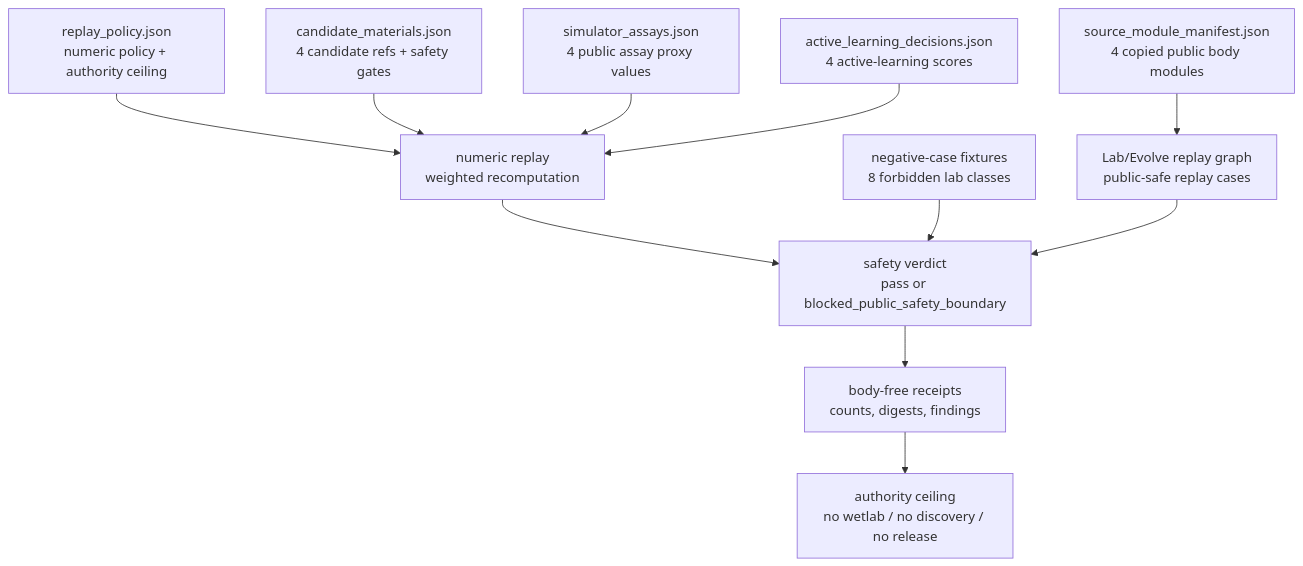
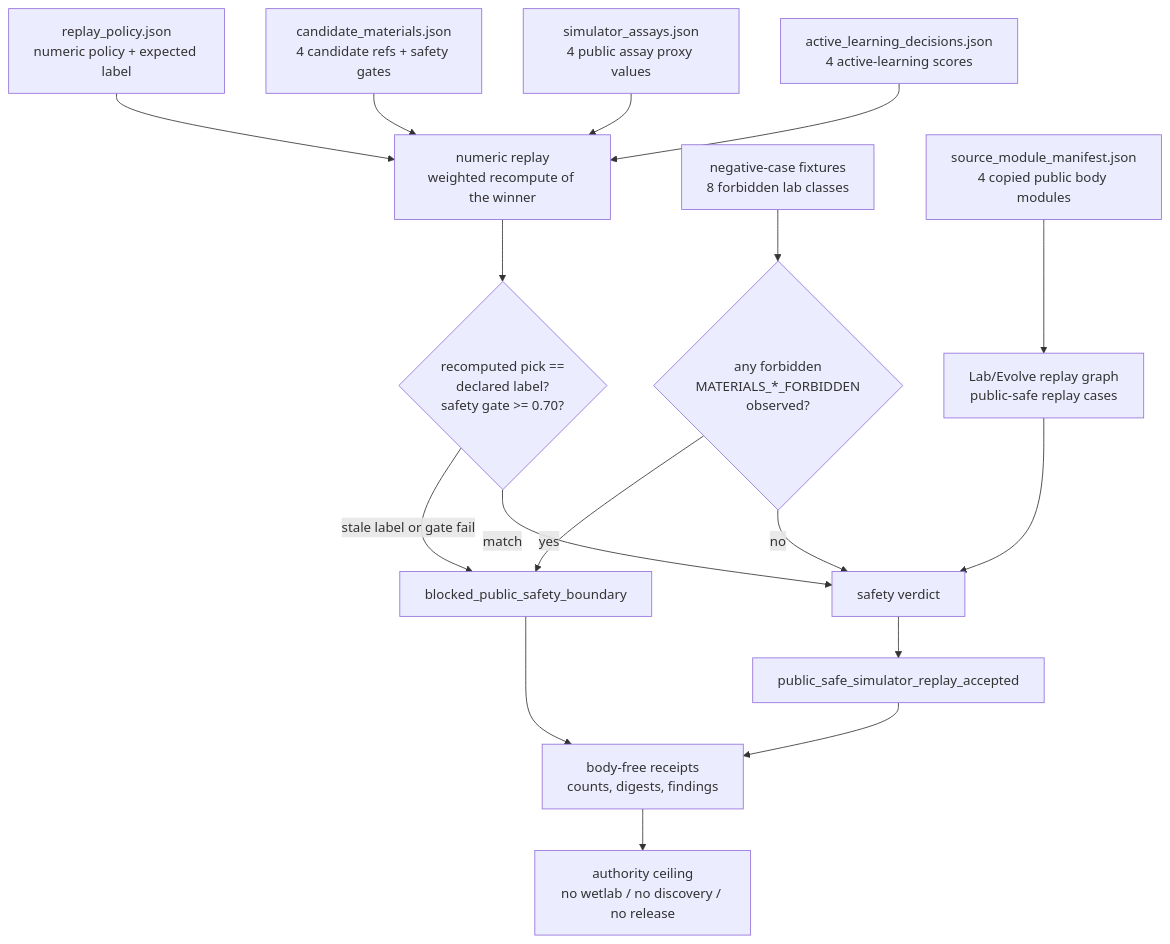
The diagram in paper_modules/materials_chemistry_closed_loop_lab_safety_replay.md (wcook04/plectis), drawn with Mermaid before and after one commit. The commit also changed other lines of this file and 90 other files, not shown here.

First line of the commit message:
microcosm: enrich public paper-module prose and Shape diagrams (91 modules)

````diff
--- a/paper_modules/materials_chemistry_closed_loop_lab_safety_replay.md
+++ b/paper_modules/materials_chemistry_closed_loop_lab_safety_replay.md
@@ -41,25 +70,35 @@
 ```mermaid
 flowchart TD
-  policy["replay_policy.json<br/>numeric policy + authority ceiling"]
+  policy["replay_policy.json<br/>numeric policy + expected label"]
   candidates["candidate_materials.json<br/>4 candidate refs + safety gates"]
   assays["simulator_assays.json<br/>4 public assay proxy values"]
   decisions["active_learning_decisions.json<br/>4 active-learning scores"]
-  numeric["numeric replay<br/>weighted recomputation"]
+  numeric["numeric replay<br/>weighted recompute of the winner"]
+  labelcheck{"recomputed pick ==<br/>declared label?<br/>safety gate >= 0.70?"}
   negatives["negative-case fixtures<br/>8 forbidden lab classes"]
+  refuse{"any forbidden<br/>MATERIALS_*_FORBIDDEN<br/>observed?"}
   manifest["source_module_manifest.json<br/>4 copied public body modules"]
   replay["Lab/Evolve replay graph<br/>public-safe replay cases"]
-  verdict["safety verdict<br/>pass or blocked_public_safety_boundary"]
+  verdict["safety verdict"]
+  accepted["public_safe_simulator_replay_accepted"]
+  blocked["blocked_public_safety_boundary"]
   receipt["body-free receipts<br/>counts, digests, findings"]
   ceiling["authority ceiling<br/>no wetlab / no discovery / no release"]
 
   policy --> numeric
   candidates --> numeric
   assays --> numeric
   decisions --> numeric
-  numeric --> verdict
-  negatives --> verdict
+  numeric --> labelcheck
+  labelcheck -->|stale label or gate fail| blocked
+  labelcheck -->|match| verdict
+  negatives --> refuse
+  refuse -->|yes| blocked
+  refuse -->|no| verdict
   manifest --> replay
   replay --> verdict
-  verdict --> receipt
+  verdict --> accepted
+  accepted --> receipt
+  blocked --> receipt
   receipt --> ceiling
 ```
````
